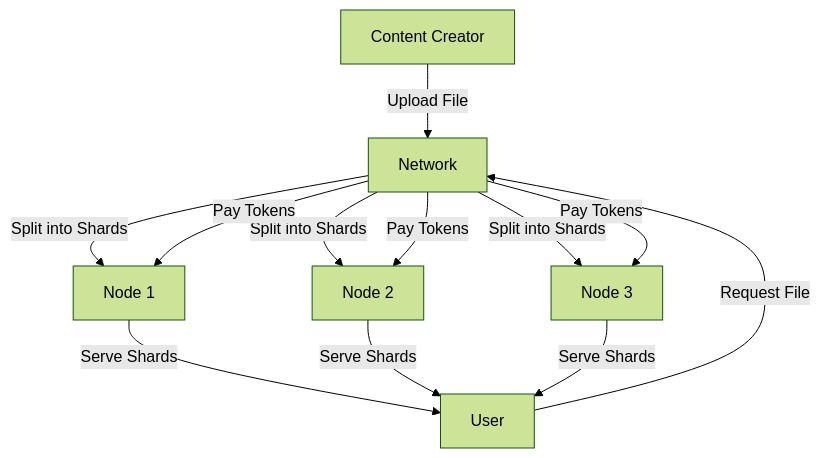
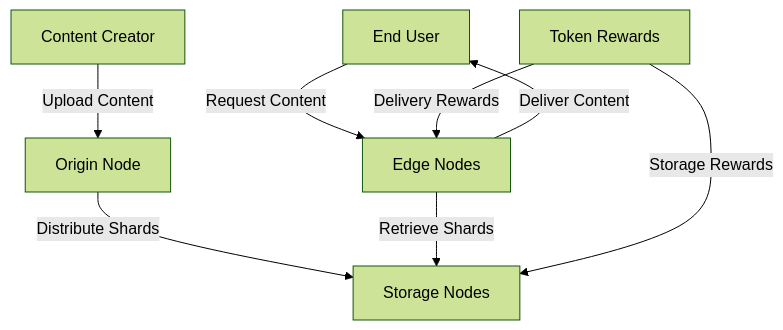
The fifth of 9 diagrams in paper.md (amschel99/Mesh), drawn with Mermaid (forest theme) before and after one commit. The commit also changed other lines of this file, not shown here.

````diff
--- a/paper.md
+++ b/paper.md
@@ -141,10 +332,11 @@
 ```mermaid
-graph TB
-    A[Content Creator] -->|Upload File| B[Network]
-    B -->|Split into Shards| C[Node 1]
-    B -->|Split into Shards| D[Node 2]
-    B -->|Split into Shards| E[Node 3]
-    F[User] -->|Request File| B
-    C & D & E -->|Serve Shards| F
-    B -->|Pay Tokens| C & D & E
+graph TD
+    A[Content Creator] -->|Upload Content| B[Origin Node]
+    B -->|Distribute Shards| C[Storage Nodes]
+    D[End User] -->|Request Content| E[Edge Nodes]
+    E -->|Retrieve Shards| C
+    E -->|Deliver Content| D
+
+    F[Token Rewards] -->|Storage Rewards| C
+    F -->|Delivery Rewards| E
 ```
````
